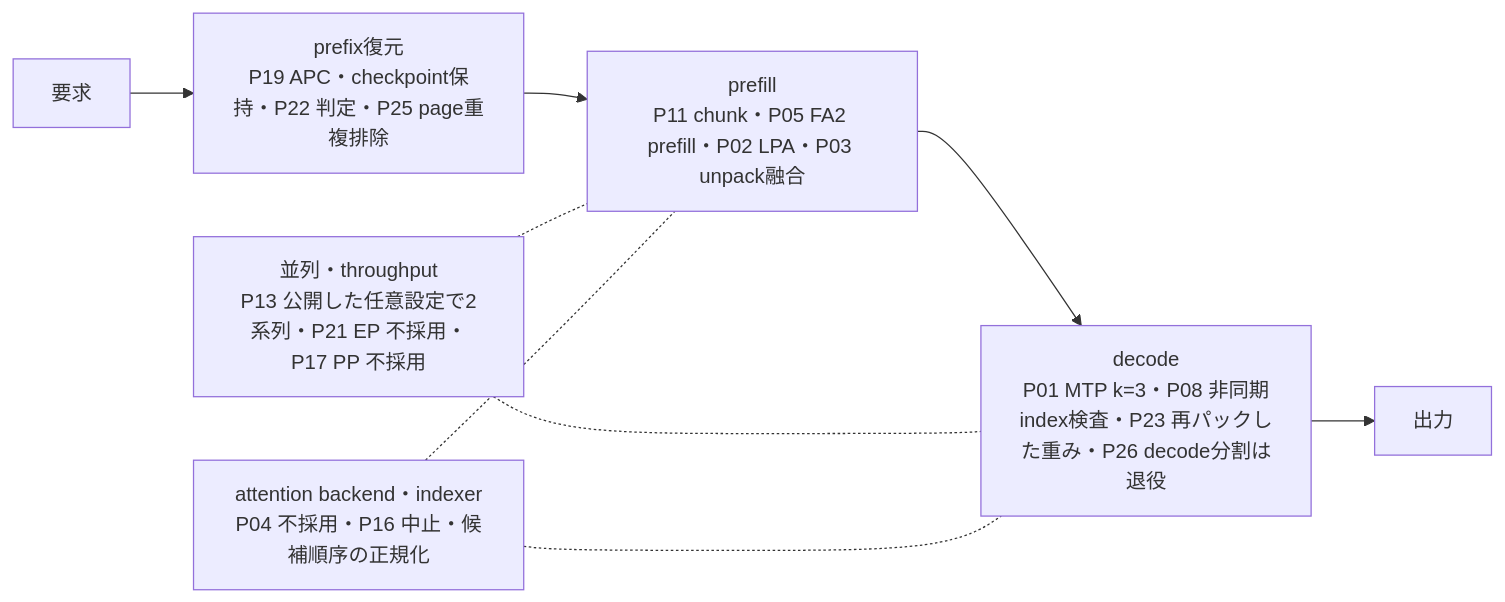
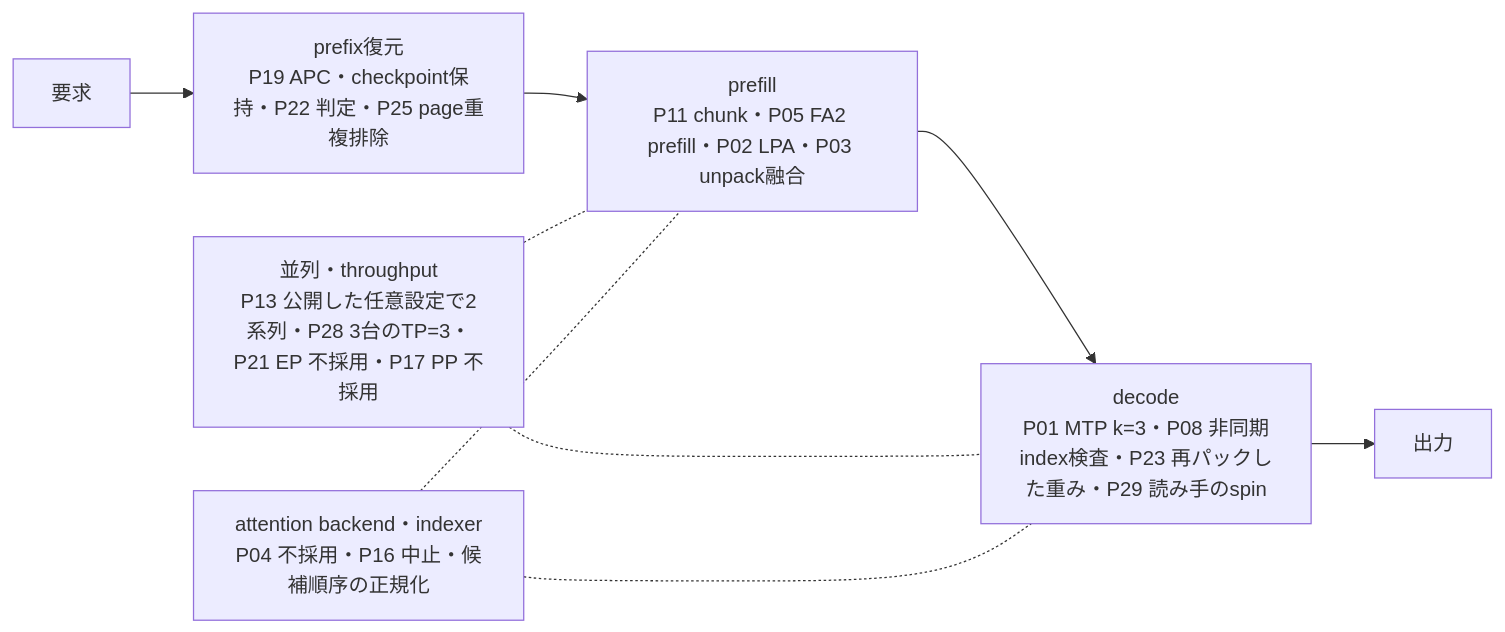
One commit to Bizuayeu/GLM-5.3-Flash-NVFP4-2x-DGX-Sparks-BIZ changed the diagram in docs/optimization-overview.ja.md. Above: the diagram before and after it, drawn with Mermaid. The commit also changed other lines of this file and 38 other files, not shown here.

````diff
--- a/docs/optimization-overview.ja.md
+++ b/docs/optimization-overview.ja.md
@@ -13,11 +13,11 @@
 ```mermaid
 flowchart LR
     R[要求] --> A[prefix復元<br/>P19 APC・checkpoint保持・P22 判定・P25 page重複排除]
     A --> P[prefill<br/>P11 chunk・P05 FA2 prefill・P02 LPA・P03 unpack融合]
-    P --> D[decode<br/>P01 MTP k=3・P08 非同期index検査・P23 再パックした重み・P26 decode分割は退役]
+    P --> D[decode<br/>P01 MTP k=3・P08 非同期index検査・P23 再パックした重み・P29 読み手のspin]
     D --> O[出力]
-    S[並列・throughput<br/>P13 公開した任意設定で2系列・P21 EP 不採用・P17 PP 不採用] -.- P
+    S[並列・throughput<br/>P13 公開した任意設定で2系列・P28 3台のTP=3・P21 EP 不採用・P17 PP 不採用] -.- P
     S -.- D
     B[attention backend・indexer<br/>P04 不採用・P16 中止・候補順序の正規化] -.- P
     B -.- D
 ```
````
